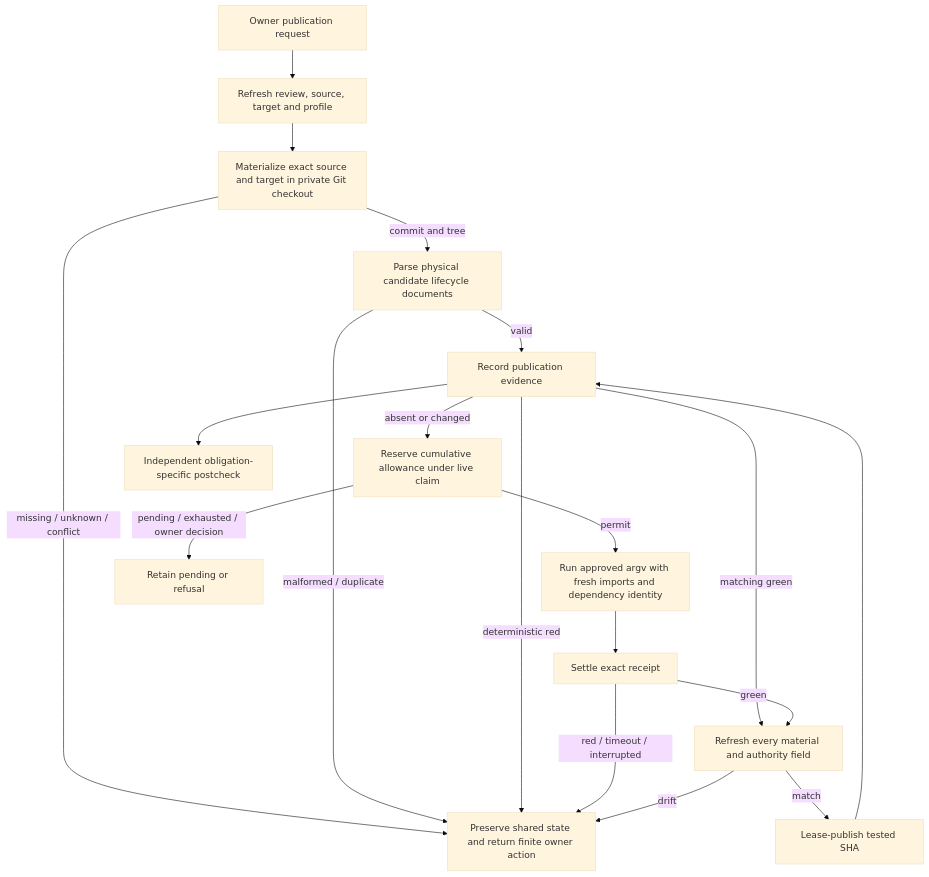
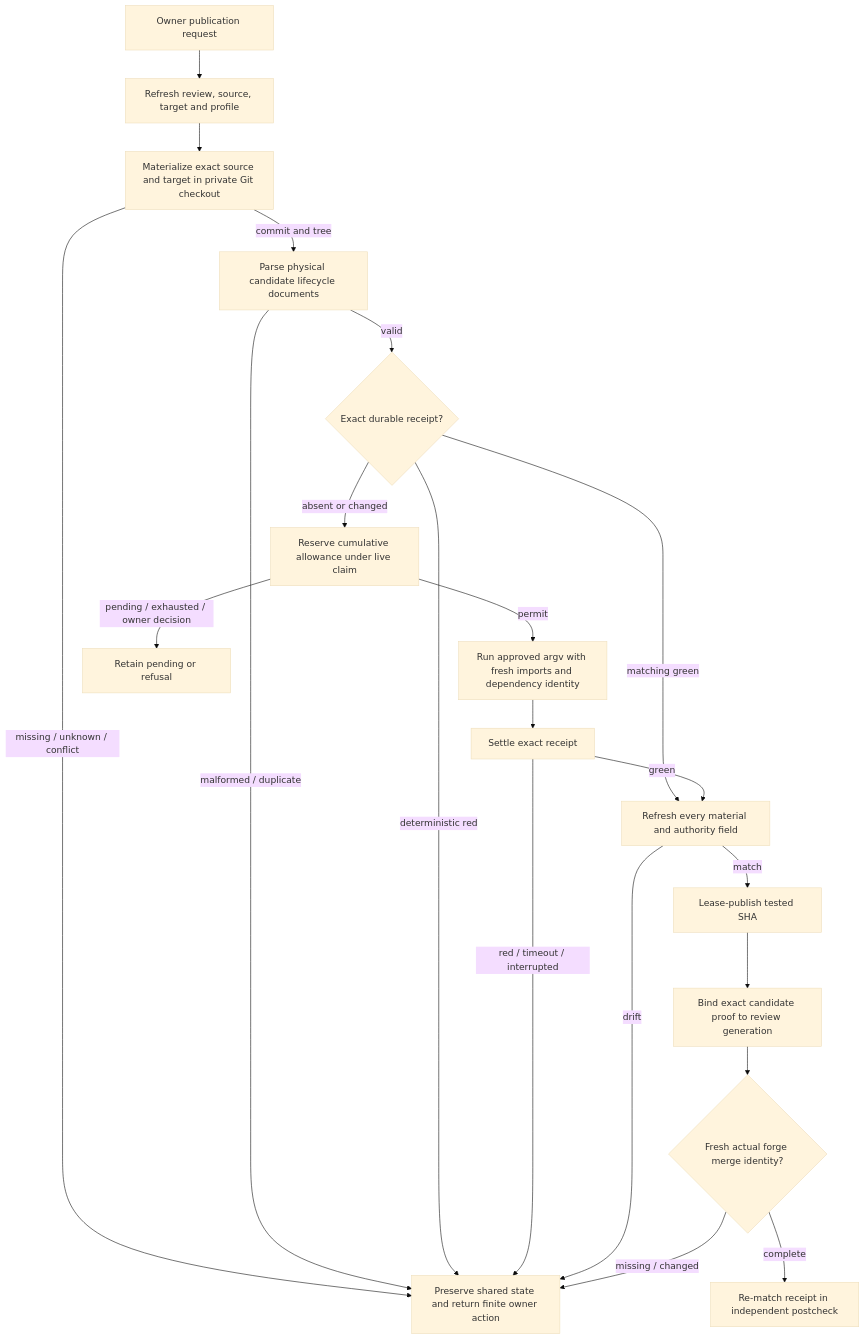
One commit to vincentc-b/CascadeCode changed the second of 7 diagrams in cascade/DESIGN.md. Above: the diagram before and after it, drawn with Mermaid (base theme). The commit also changed other lines of this file and 22 other files, not shown here.

First line of the commit message:
task/task_054_001_003: Track accepted merge identity and verify end-to-end review evidence

````diff
--- a/cascade/DESIGN.md
+++ b/cascade/DESIGN.md
@@ -277,21 +290,23 @@
 ```mermaid
 flowchart TD
     Owner[Owner publication request] --> Generation[Refresh review, source, target and profile]
     Generation --> Candidate[Materialize exact source and target in private Git checkout]
     Candidate -->|missing / unknown / conflict| Preserve[Preserve shared state and return finite owner action]
     Candidate -->|commit and tree| Board[Parse physical candidate lifecycle documents]
     Board -->|malformed / duplicate| Preserve
     Board -->|valid| Receipt{Exact durable receipt?}
     Receipt -->|matching green| Recheck[Refresh every material and authority field]
     Receipt -->|deterministic red| Preserve
     Receipt -->|absent or changed| Budget[Reserve cumulative allowance under live claim]
     Budget -->|permit| Checks[Run approved argv with fresh imports and dependency identity]
     Budget -->|pending / exhausted / owner decision| Pending[Retain pending or refusal]
     Checks --> Settle[Settle exact receipt]
     Settle -->|red / timeout / interrupted| Preserve
     Settle -->|green| Recheck
     Recheck -->|match| Push[Lease-publish tested SHA]
     Recheck -->|drift| Preserve
-    Push --> Receipt[Record publication evidence]
-    Receipt --> Verify[Independent obligation-specific postcheck]
+    Push --> Proof[Bind exact candidate proof to review generation]
+    Proof --> Accept{Fresh actual forge merge identity?}
+    Accept -->|missing / changed| Preserve
+    Accept -->|complete| Verify[Re-match receipt in independent postcheck]
 ```
````
